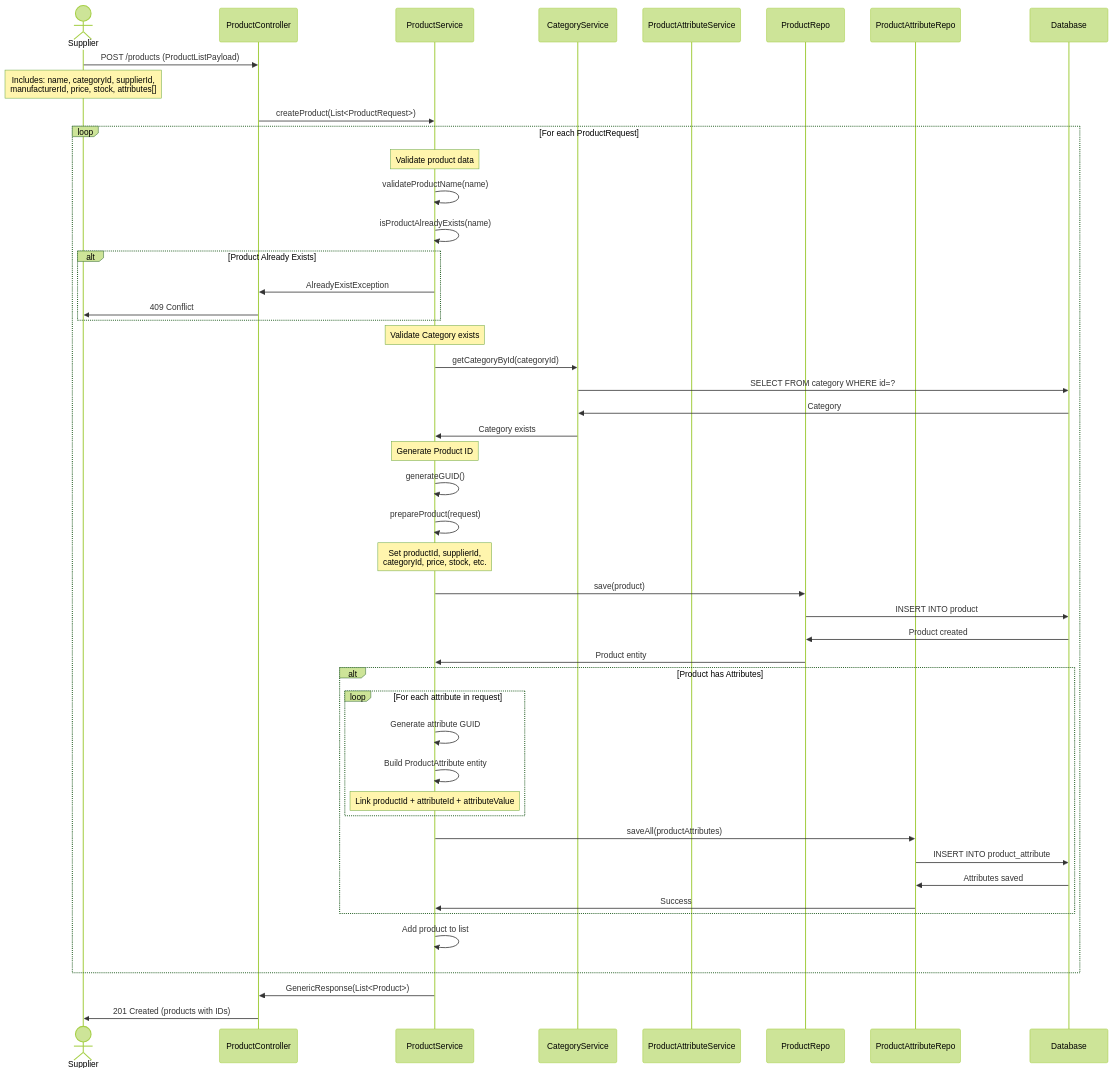
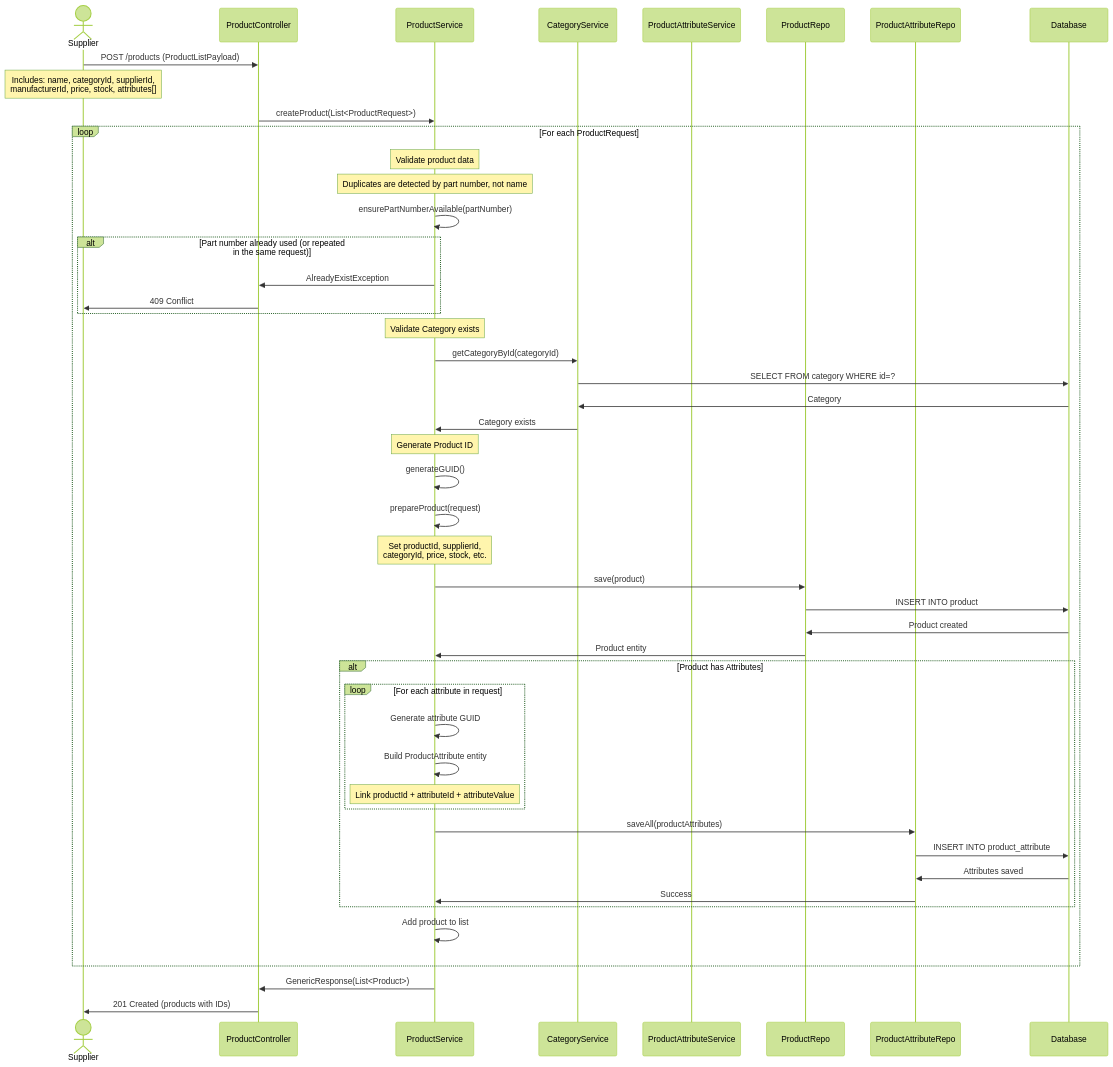
Before and after one commit to yaqub-baig/part-api: the second of 4 diagrams in docs/product-onboarding-flow.md, drawn with Mermaid (forest theme). The commit also changed 4 other files, not shown here.

First line of the commit message:
Detect duplicate products by part number instead of name

````diff
--- a/docs/product-onboarding-flow.md
+++ b/docs/product-onboarding-flow.md
@@ -48,61 +48,61 @@
 ```mermaid
 sequenceDiagram
 actor Supplier
 participant ProductController
 participant ProductService
 participant CategoryService
 participant ProductAttributeService
 participant ProductRepo
 participant ProductAttributeRepo
 participant Database
 
 Supplier->>ProductController: POST /products (ProductListPayload)
 Note over Supplier: Includes: name, categoryId, supplierId,<br/>manufacturerId, price, stock, attributes[]
 
 ProductController->>ProductService: createProduct(List<ProductRequest>)
 
 loop For each ProductRequest
     Note over ProductService: Validate product data
-    ProductService->>ProductService: validateProductName(name)
-    ProductService->>ProductService: isProductAlreadyExists(name)
+    Note over ProductService: Duplicates are detected by part number, not name
+    ProductService->>ProductService: ensurePartNumberAvailable(partNumber)
 
-    alt Product Already Exists
+    alt Part number already used (or repeated in the same request)
         ProductService->>ProductController: AlreadyExistException
         ProductController->>Supplier: 409 Conflict
     end
 
     Note over ProductService: Validate Category exists
     ProductService->>CategoryService: getCategoryById(categoryId)
     CategoryService->>Database: SELECT FROM category WHERE id=?
     Database->>CategoryService: Category
     CategoryService->>ProductService: Category exists
 
     Note over ProductService: Generate Product ID
     ProductService->>ProductService: generateGUID()
     ProductService->>ProductService: prepareProduct(request)
     Note over ProductService: Set productId, supplierId,<br/>categoryId, price, stock, etc.
 
     ProductService->>ProductRepo: save(product)
     ProductRepo->>Database: INSERT INTO product
     Database->>ProductRepo: Product created
     ProductRepo->>ProductService: Product entity
 
     alt Product has Attributes
         loop For each attribute in request
             ProductService->>ProductService: Generate attribute GUID
             ProductService->>ProductService: Build ProductAttribute entity
             Note over ProductService: Link productId + attributeId + attributeValue
         end
 
         ProductService->>ProductAttributeRepo: saveAll(productAttributes)
         ProductAttributeRepo->>Database: INSERT INTO product_attribute
         Database->>ProductAttributeRepo: Attributes saved
         ProductAttributeRepo->>ProductService: Success
     end
 
     ProductService->>ProductService: Add product to list
 end
 
 ProductService->>ProductController: GenericResponse(List<Product>)
 ProductController->>Supplier: 201 Created (products with IDs)
 ```
````
